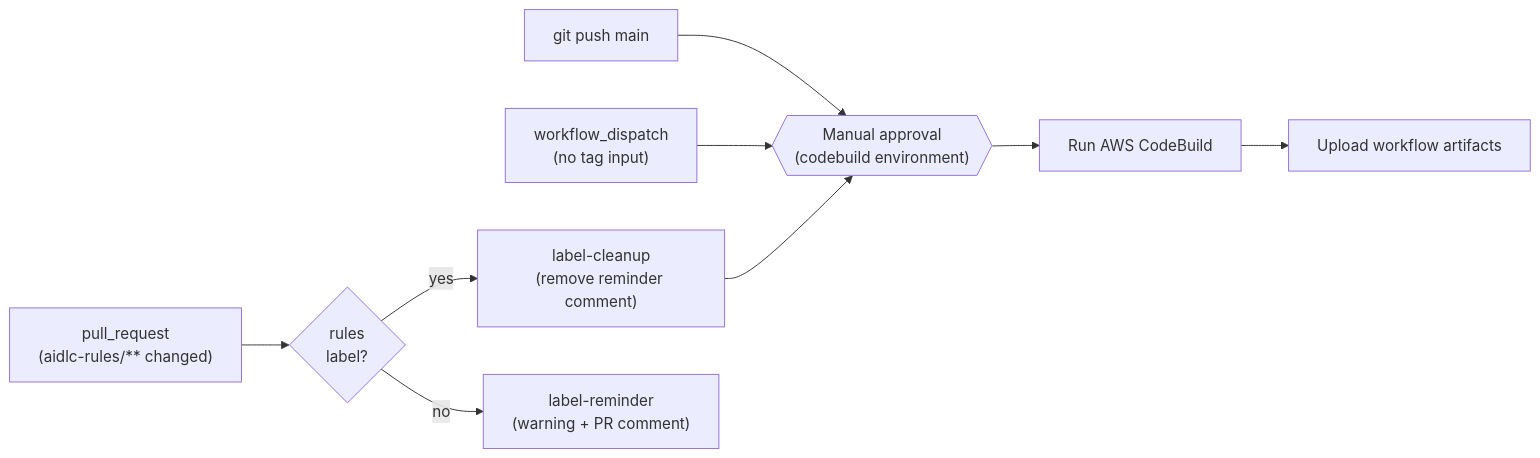
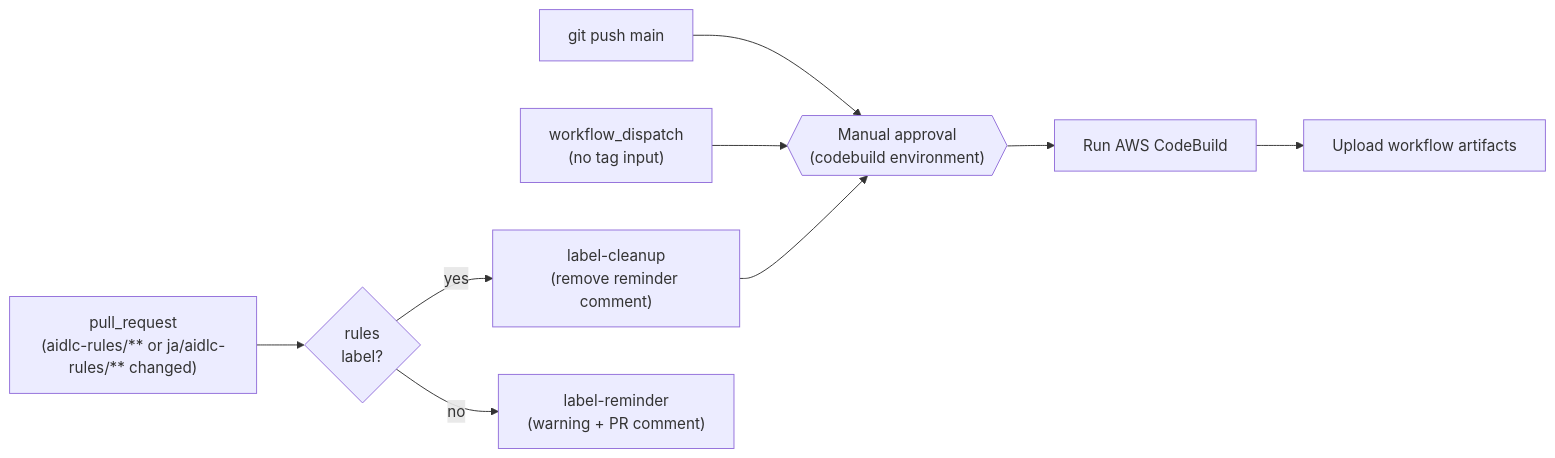
Before and after one commit to otomatty/aidlc-workflows: the second of 4 diagrams in ja/docs/ADMINISTRATIVE_GUIDE.md, drawn with Mermaid. The commit also changed other lines of this file and 14 other files, not shown here.

````diff
--- a/ja/docs/ADMINISTRATIVE_GUIDE.md
+++ b/ja/docs/ADMINISTRATIVE_GUIDE.md
@@ -122,11 +122,11 @@
 ```mermaid
 flowchart LR
     A["git push main"] --> B{{"Manual approval\n(codebuild environment)"}}
     C["workflow_dispatch\n(no tag input)"] --> B
-    D["pull_request\n(aidlc-rules/** changed)"] --> E{"rules\nlabel?"}
+    D["pull_request\n(aidlc-rules/** or ja/aidlc-rules/** changed)"] --> E{"rules\nlabel?"}
     E -->|yes| F["label-cleanup\n(remove reminder comment)"]
     F --> B
     E -->|no| I["label-reminder\n(warning + PR comment)"]
     B --> G["Run AWS CodeBuild"]
     G --> H["Upload workflow artifacts"]
 ```
````
